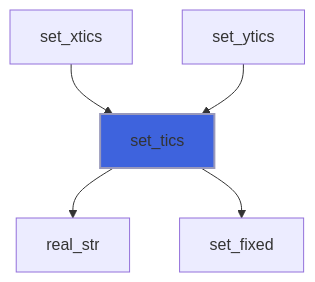
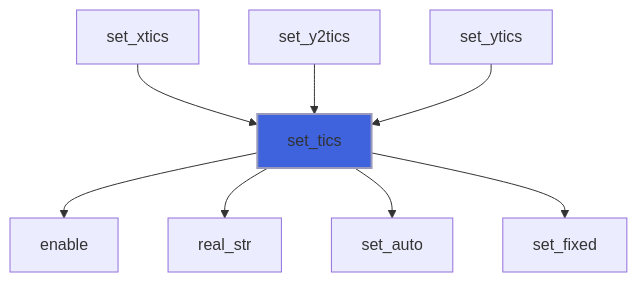
Diagram 33 of 35 in docs/api/src/lib/foresight_figure.md (szaghi/foresight), drawn with Mermaid before and after one commit. The commit also changed other lines of this file and 97 other files, not shown here.

````diff
--- a/docs/api/src/lib/foresight_figure.md
+++ b/docs/api/src/lib/foresight_figure.md
@@ -848,8 +1012,11 @@
 ```mermaid
 flowchart TD
   set_xtics["set_xtics"] --> set_tics["set_tics"]
+  set_y2tics["set_y2tics"] --> set_tics["set_tics"]
   set_ytics["set_ytics"] --> set_tics["set_tics"]
+  set_tics["set_tics"] --> enable["enable"]
   set_tics["set_tics"] --> real_str["real_str"]
+  set_tics["set_tics"] --> set_auto["set_auto"]
   set_tics["set_tics"] --> set_fixed["set_fixed"]
   style set_tics fill:#3e63dd,stroke:#99b,stroke-width:2px
 ```
````
